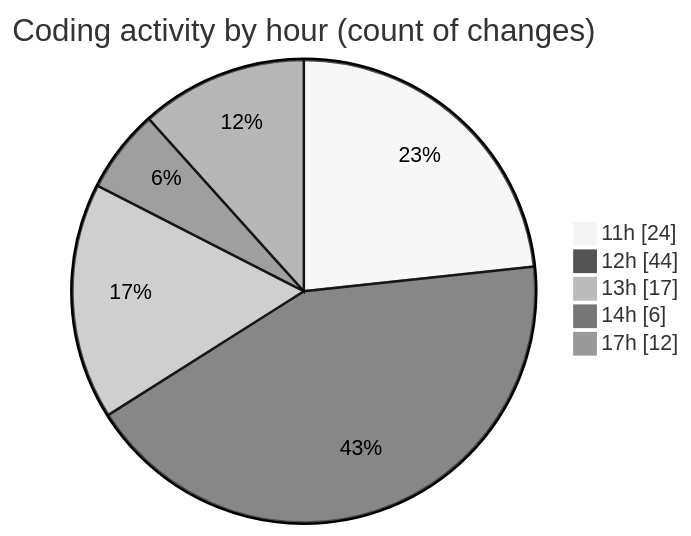
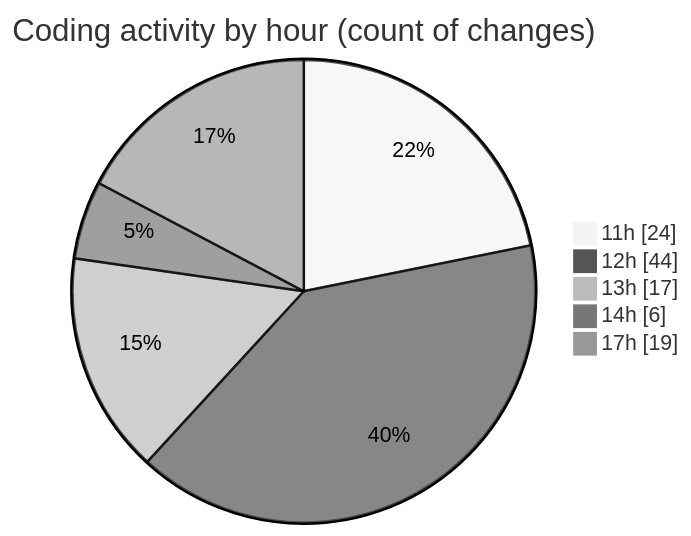
One commit to nxtqubesakshisongat/code-tracking changed the second of 2 diagrams in 2025-05-10/argos-dev/README.md. Above: the diagram before and after it, drawn with Mermaid (neutral theme). The commit also changed other lines of this file and 1 other file, not shown here.

````diff
--- a/2025-05-10/argos-dev/README.md
+++ b/2025-05-10/argos-dev/README.md
@@ -36,9 +37,9 @@
 ```mermaid
 pie showData
 title Coding activity by hour (count of changes)
 "11h" : 24
 "12h" : 44
 "13h" : 17
 "14h" : 6
-"17h" : 12
+"17h" : 19
 ```
````
